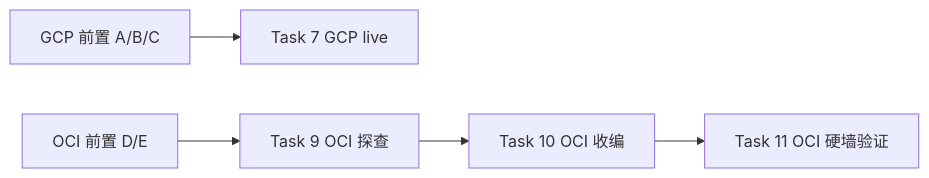
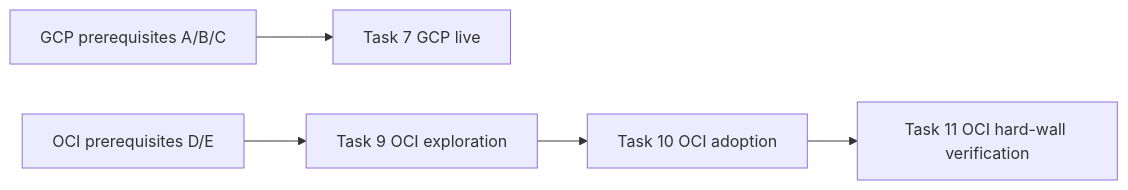
Before and after one commit to Jeromefromcn/docker-gitops: the diagram in docs/opentofu-live-runbook.md, drawn with Mermaid. The commit also changed other lines of this file and 155 other files, not shown here.

````diff
--- a/docs/opentofu-live-runbook.md
+++ b/docs/opentofu-live-runbook.md
@@ -21,7 +21,7 @@
 ```mermaid
 flowchart LR
-    A[GCP 前置 A/B/C] --> B[Task 7 GCP live]
-    C[OCI 前置 D/E] --> D[Task 9 OCI 探查]
-    D --> E[Task 10 OCI 收编]
-    E --> F[Task 11 OCI 硬墙验证]
+    A[GCP prerequisites A/B/C] --> B[Task 7 GCP live]
+    C[OCI prerequisites D/E] --> D[Task 9 OCI exploration]
+    D --> E[Task 10 OCI adoption]
+    E --> F[Task 11 OCI hard-wall verification]
 ```
````
